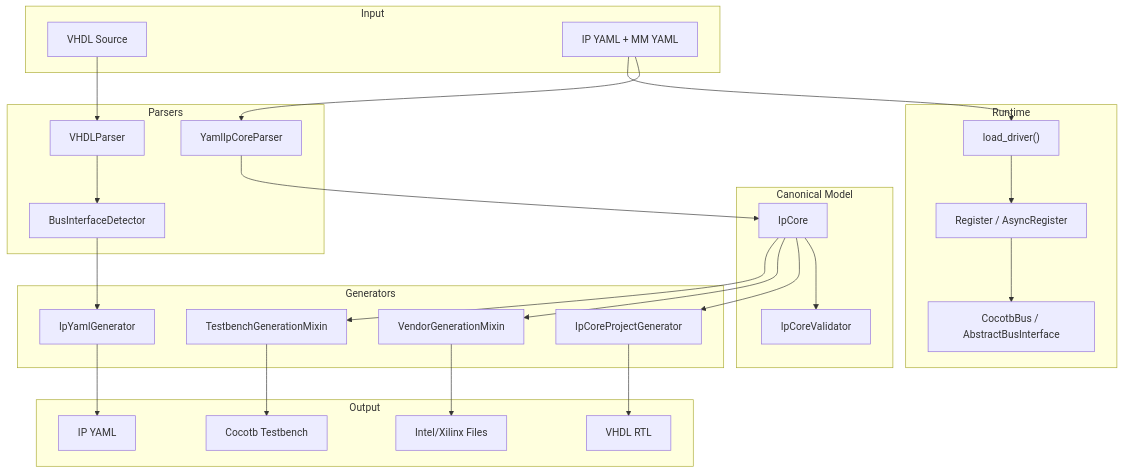
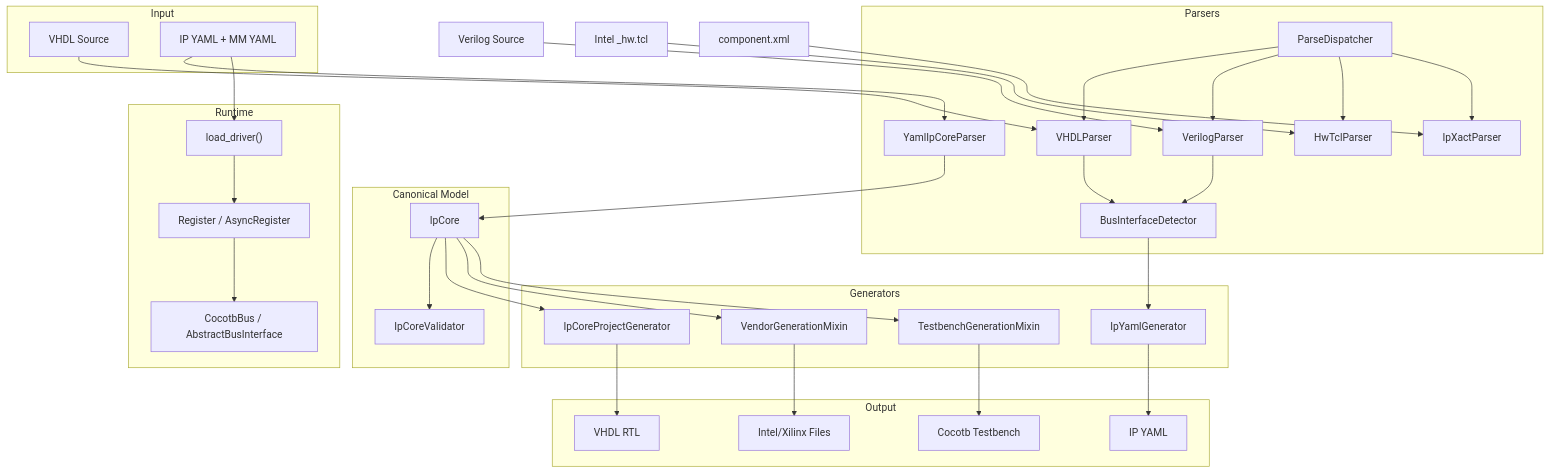
One commit to bleviet/ipcraft changed the diagram in docs/architecture/overview.md. Above: the diagram before and after it, drawn with Mermaid. The commit also changed other lines of this file and 9 other files, not shown here.

````diff
--- a/docs/architecture/overview.md
+++ b/docs/architecture/overview.md
@@ -24,46 +24,57 @@
 ```mermaid
 graph TB
     subgraph Input
         VHDL["VHDL Source"]
         YAML_IN["IP YAML + MM YAML"]
     end
 
     subgraph Parsers
         VP["VHDLParser"]
+        VRP["VerilogParser"]
         BD["BusInterfaceDetector"]
         YP["YamlIpCoreParser"]
+        PD["ParseDispatcher"]
+        HTP["HwTclParser"]
+        IXP["IpXactParser"]
     end
 
     subgraph "Canonical Model"
         IC["IpCore"]
         VAL["IpCoreValidator"]
     end
 
     subgraph Generators
         PG["IpCoreProjectGenerator"]
         VG["VendorGenerationMixin"]
         TG["TestbenchGenerationMixin"]
         YG["IpYamlGenerator"]
     end
 
     subgraph Output
         RTL["VHDL RTL"]
         VENDOR["Intel/Xilinx Files"]
         TB["Cocotb Testbench"]
         YAML_OUT["IP YAML"]
     end
 
     subgraph "Runtime"
         LD["load_driver()"]
         REG["Register / AsyncRegister"]
         BUS["CocotbBus / AbstractBusInterface"]
     end
 
     VHDL --> VP --> BD --> YG --> YAML_OUT
+    VerilogSrc["Verilog Source"] --> VRP --> BD
+    HwTcl["Intel _hw.tcl"] --> HTP
+    IpXact["component.xml"] --> IXP
+    PD --> VP
+    PD --> VRP
+    PD --> HTP
+    PD --> IXP
     YAML_IN --> YP --> IC
     IC --> VAL
     IC --> PG --> RTL
     IC --> VG --> VENDOR
     IC --> TG --> TB
     YAML_IN --> LD --> REG --> BUS
 ```
````
